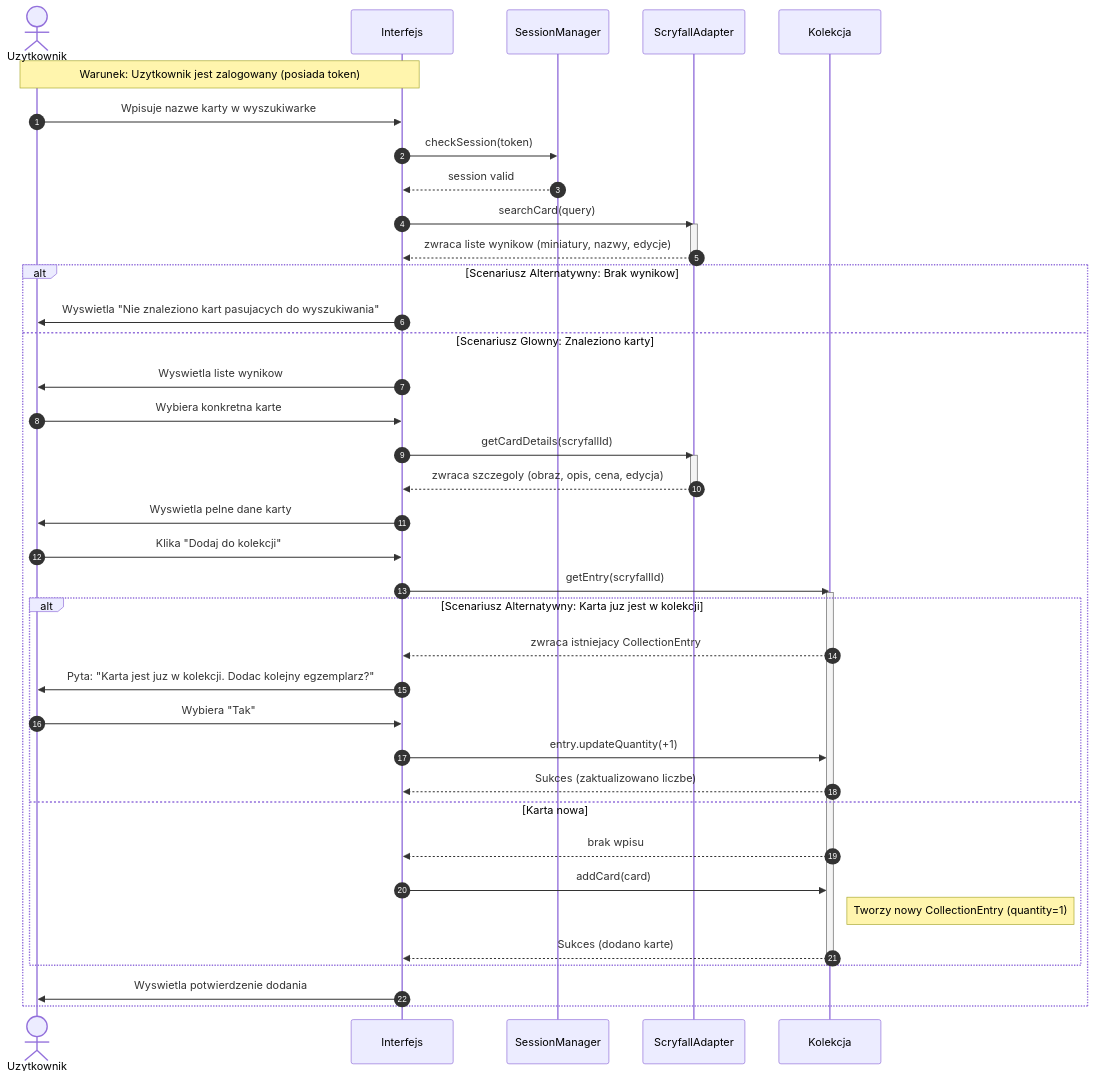
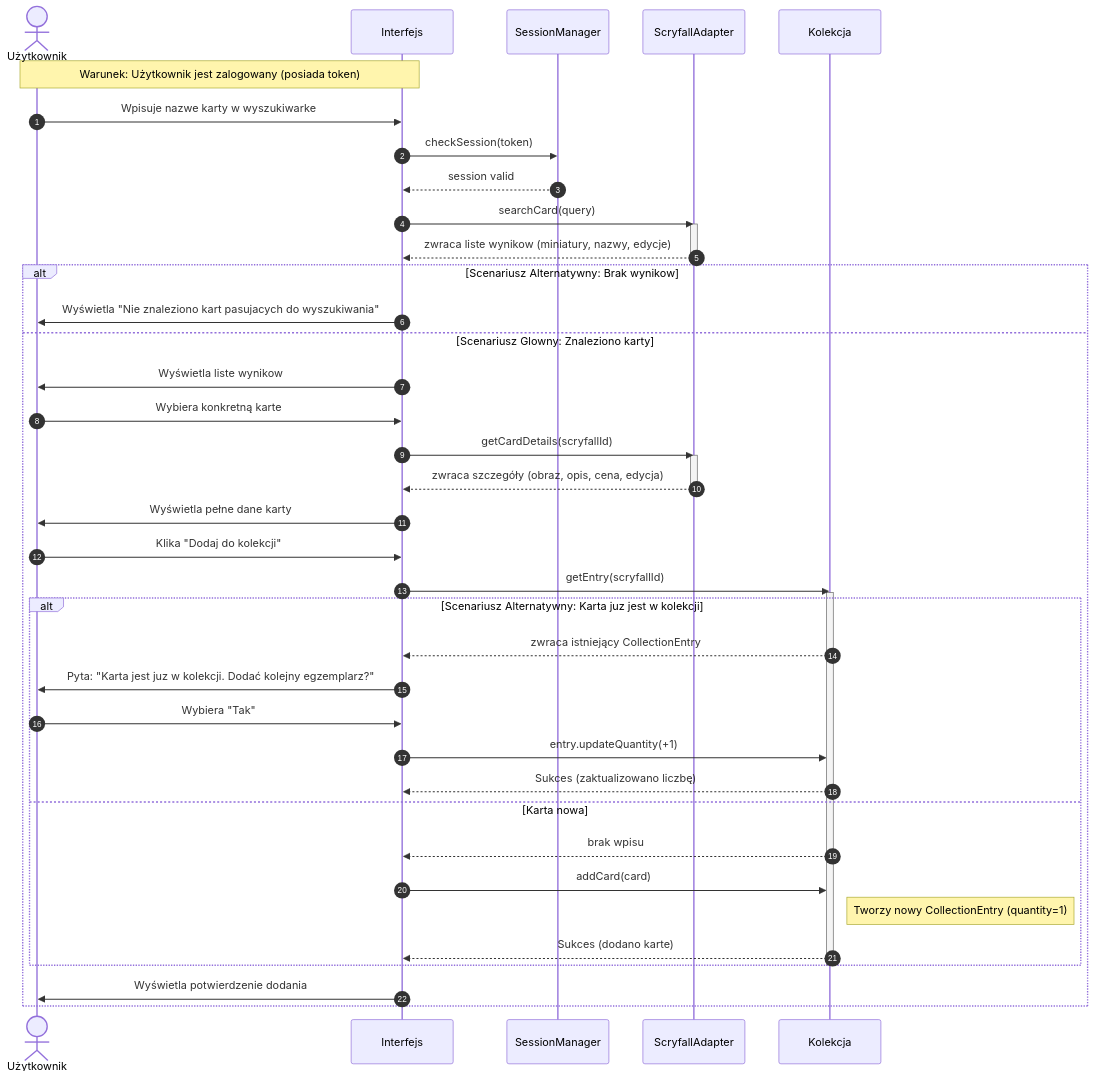
The second of 7 diagrams in work_in_progress/diagramSekwencji.md (IO-2026-Pryncypalki/Grimoire_MTG), drawn with Mermaid before and after one commit. The commit also changed other lines of this file and 2 other files, not shown here.

Commit message:
dodano_polskie_znaki_w_diagramie_sekwencji

````diff
--- a/work_in_progress/diagramSekwencji.md
+++ b/work_in_progress/diagramSekwencji.md
@@ -50,55 +50,55 @@
 ```mermaid
 sequenceDiagram
     autonumber
-    actor U as Uzytkownik
+    actor U as Użytkownik
     participant UI as Interfejs
     participant SM as SessionManager
     participant SA as ScryfallAdapter
     participant COL as Kolekcja
 
-    Note over U, UI: Warunek: Uzytkownik jest zalogowany (posiada token)
+    Note over U, UI: Warunek: Użytkownik jest zalogowany (posiada token)
 
     U->>UI: Wpisuje nazwe karty w wyszukiwarke
     UI->>SM: checkSession(token)
     SM-->>UI: session valid
 
     UI->>SA: searchCard(query)
     activate SA
     SA-->>UI: zwraca liste wynikow (miniatury, nazwy, edycje)
     deactivate SA
 
     alt Scenariusz Alternatywny: Brak wynikow
-        UI->>U: Wyswietla "Nie znaleziono kart pasujacych do wyszukiwania"
+        UI->>U: Wyświetla "Nie znaleziono kart pasujacych do wyszukiwania"
     else Scenariusz Glowny: Znaleziono karty
-        UI->>U: Wyswietla liste wynikow
-        U->>UI: Wybiera konkretna karte
+        UI->>U: Wyświetla liste wynikow
+        U->>UI: Wybiera konkretną karte
 
         UI->>SA: getCardDetails(scryfallId)
         activate SA
-        SA-->>UI: zwraca szczegoly (obraz, opis, cena, edycja)
+        SA-->>UI: zwraca szczegóły (obraz, opis, cena, edycja)
         deactivate SA
 
-        UI->>U: Wyswietla pelne dane karty
+        UI->>U: Wyświetla pełne dane karty
 
         U->>UI: Klika "Dodaj do kolekcji"
 
         UI->>COL: getEntry(scryfallId)
         activate COL
 
         alt Scenariusz Alternatywny: Karta juz jest w kolekcji
-            COL-->>UI: zwraca istniejacy CollectionEntry
-            UI->>U: Pyta: "Karta jest juz w kolekcji. Dodac kolejny egzemplarz?"
+            COL-->>UI: zwraca istniejący CollectionEntry
+            UI->>U: Pyta: "Karta jest juz w kolekcji. Dodać kolejny egzemplarz?"
             U->>UI: Wybiera "Tak"
             UI->>COL: entry.updateQuantity(+1)
-            COL-->>UI: Sukces (zaktualizowano liczbe)
+            COL-->>UI: Sukces (zaktualizowano liczbę)
         else Karta nowa
             COL-->>UI: brak wpisu
             UI->>COL: addCard(card)
             Note right of COL: Tworzy nowy CollectionEntry (quantity=1)
             COL-->>UI: Sukces (dodano karte)
         end
         deactivate COL
 
-        UI->>U: Wyswietla potwierdzenie dodania
+        UI->>U: Wyświetla potwierdzenie dodania
     end
 ```
````
